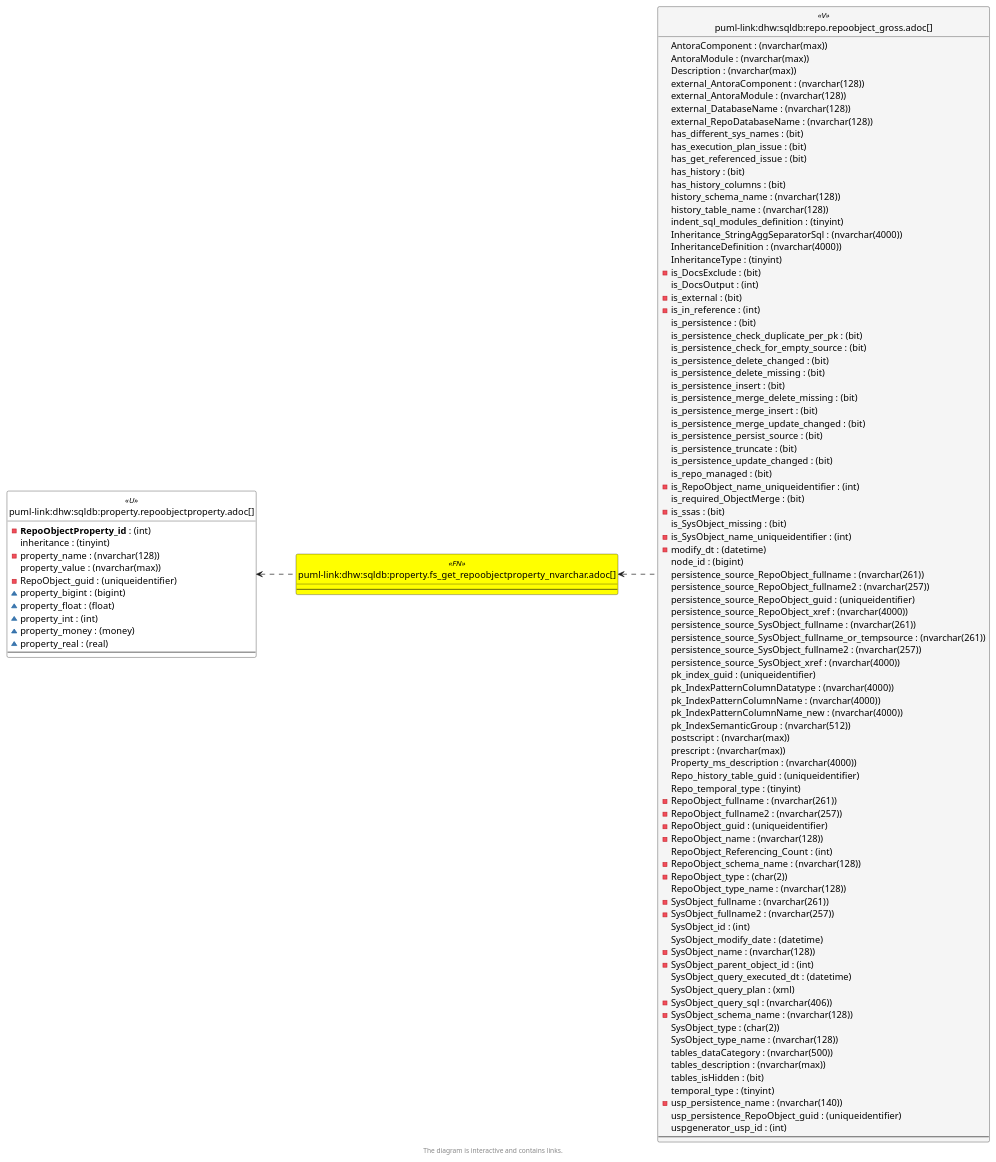
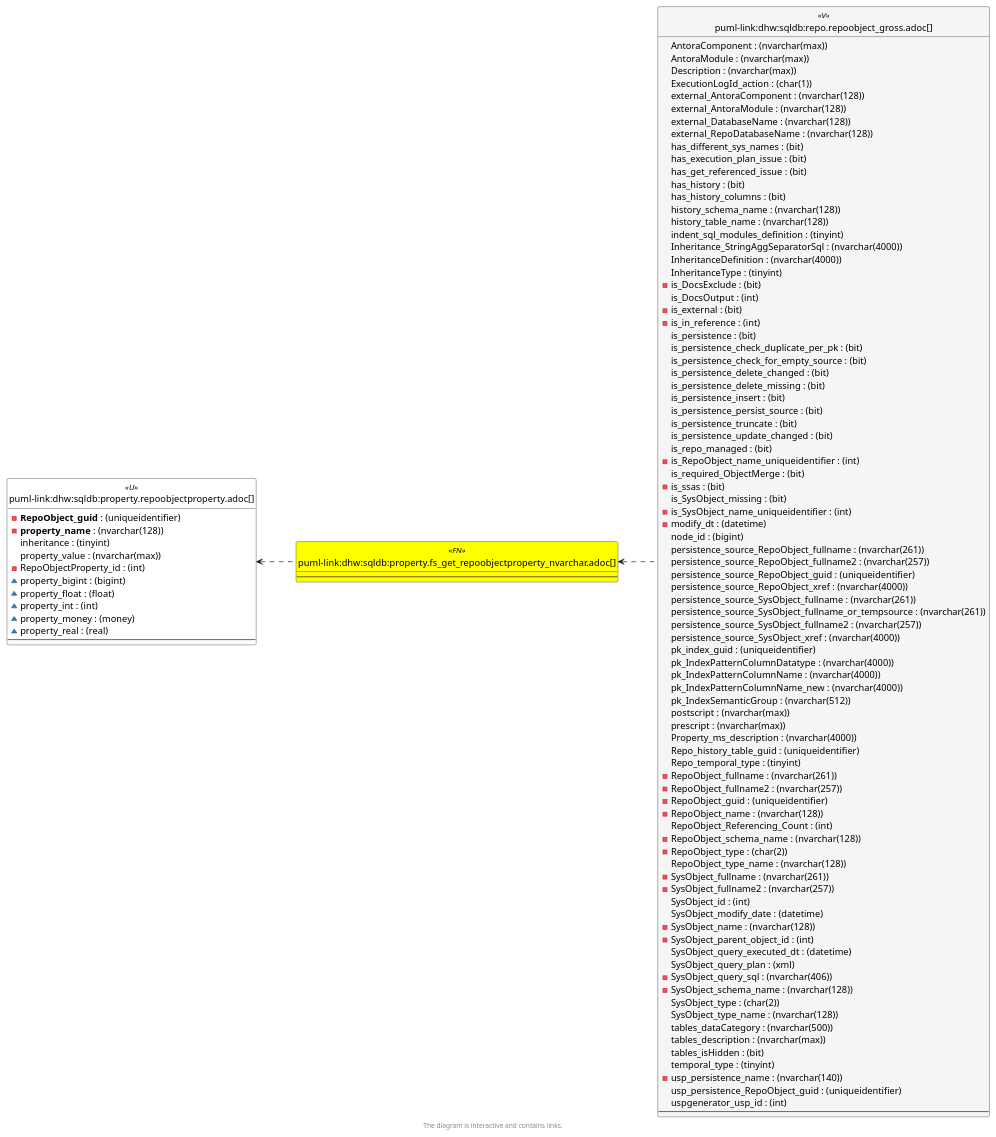
The sixth of 6 diagrams in docs/modules/sqldb/partials/content/property.fs_get_repoobjectproperty_nvarchar.adoc (DataHandwerk/dhw-antora-sqldb), drawn with PlantUML before and after one commit. The commit also changed other lines of this file and 751 other files, not shown here.

```diff
--- a/docs/modules/sqldb/partials/content/property.fs_get_repoobjectproperty_nvarchar.adoc
+++ b/docs/modules/sqldb/partials/content/property.fs_get_repoobjectproperty_nvarchar.adoc
@@ -1812,11 +1814,11 @@
 }
 
 entity "puml-link:dhw:sqldb:property.repoobjectproperty.adoc[]" as property.RepoObjectProperty << U >> {
-  - **RepoObjectProperty_id** : (int)
+  - **RepoObject_guid** : (uniqueidentifier)
+  - **property_name** : (nvarchar(128))
   inheritance : (tinyint)
-  - property_name : (nvarchar(128))
   property_value : (nvarchar(max))
-  - RepoObject_guid : (uniqueidentifier)
+  - RepoObjectProperty_id : (int)
   ~ property_bigint : (bigint)
   ~ property_float : (float)
   ~ property_int : (int)
@@ -1829,6 +1831,7 @@
   AntoraComponent : (nvarchar(max))
   AntoraModule : (nvarchar(max))
   Description : (nvarchar(max))
+  ExecutionLogId_action : (char(1))
   external_AntoraComponent : (nvarchar(128))
   external_AntoraModule : (nvarchar(128))
   external_DatabaseName : (nvarchar(128))
@@ -1854,9 +1857,6 @@
   is_persistence_delete_changed : (bit)
   is_persistence_delete_missing : (bit)
   is_persistence_insert : (bit)
-  is_persistence_merge_delete_missing : (bit)
-  is_persistence_merge_insert : (bit)
-  is_persistence_merge_update_changed : (bit)
   is_persistence_persist_source : (bit)
   is_persistence_truncate : (bit)
   is_persistence_update_changed : (bit)
```
